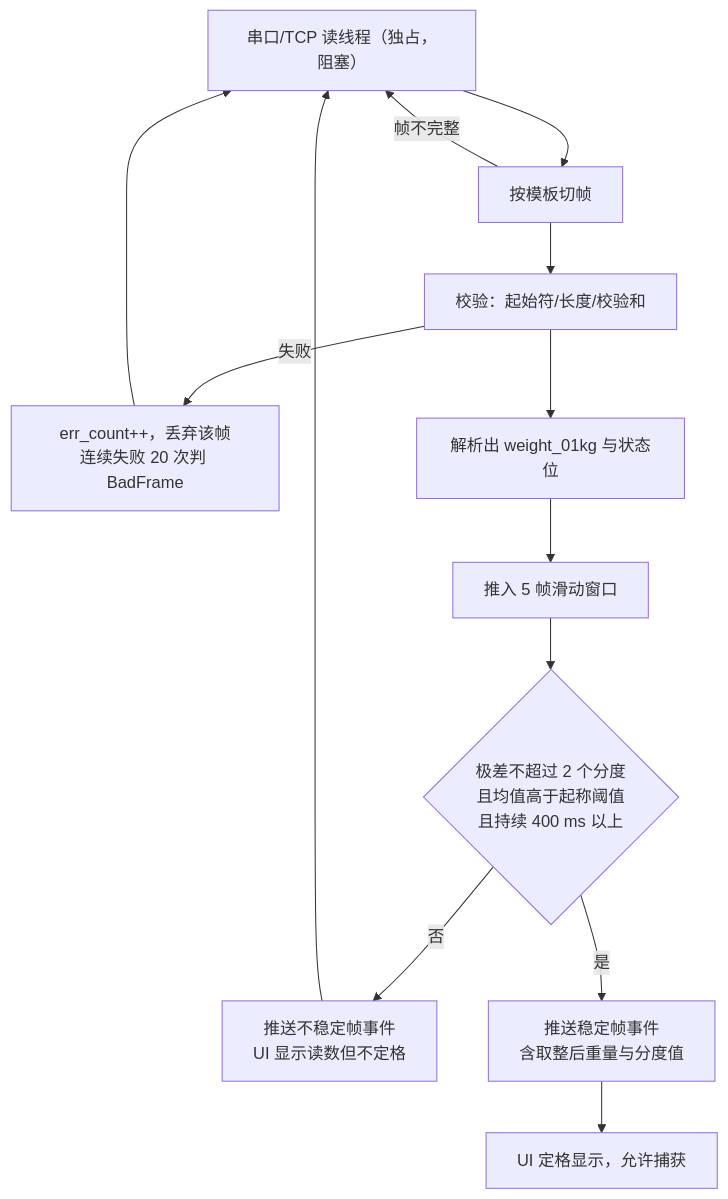
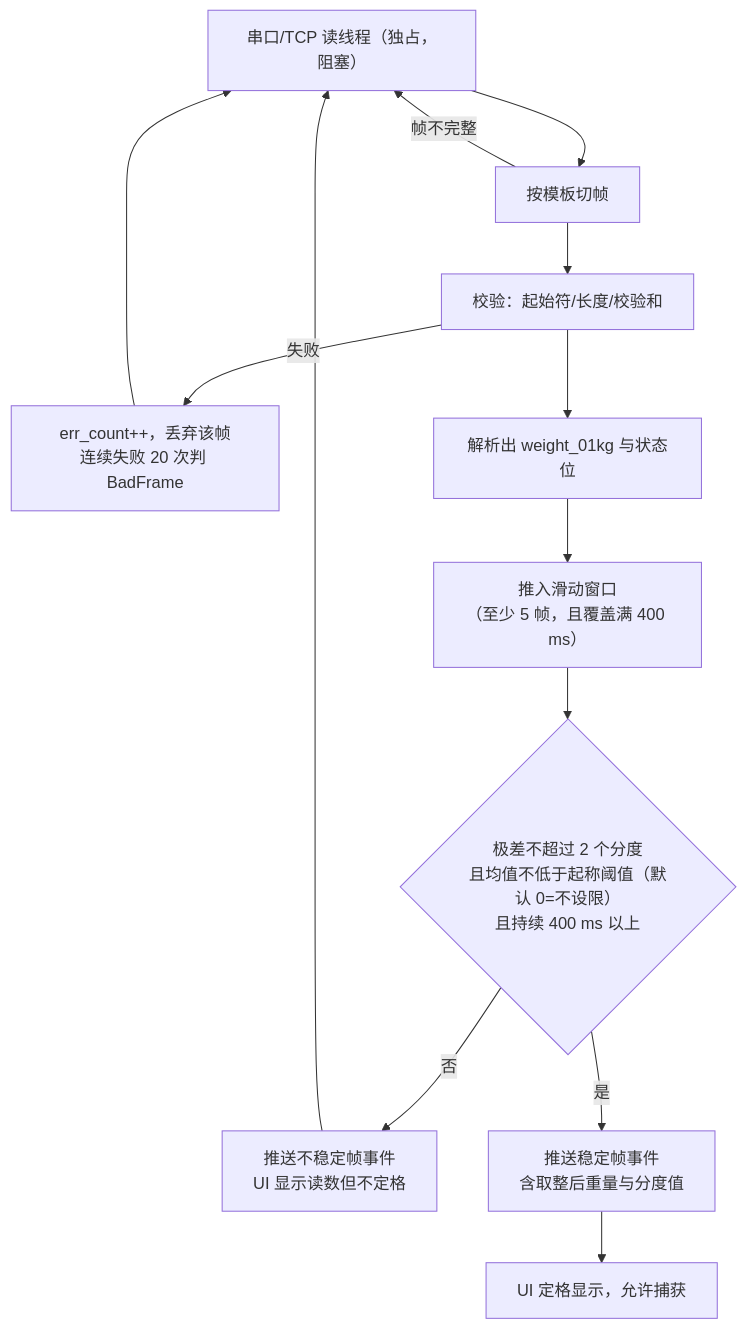
The second of 4 diagrams in docs/design/04-硬件对接方案.md (datawalkcloud/BangHe), drawn with Mermaid before and after one commit. The commit also changed other lines of this file and 127 other files, not shown here.

````diff
--- a/docs/design/04-硬件对接方案.md
+++ b/docs/design/04-硬件对接方案.md
@@ -144,15 +161,15 @@
 ```mermaid
 flowchart TD
     A["串口/TCP 读线程（独占，阻塞）"] --> B["按模板切帧"]
     B -->|帧不完整| A
     B --> C["校验：起始符/长度/校验和"]
     C -->|失败| C1["err_count++，丢弃该帧<br/>连续失败 20 次判 BadFrame"]
     C --> D["解析出 weight_01kg 与状态位"]
-    D --> E["推入 5 帧滑动窗口"]
-    E --> F{"极差不超过 2 个分度<br/>且均值高于起称阈值<br/>且持续 400 ms 以上"}
+    D --> E["推入滑动窗口<br/>（至少 5 帧，且覆盖满 400 ms）"]
+    E --> F{"极差不超过 2 个分度<br/>且均值不低于起称阈值（默认 0=不设限）<br/>且持续 400 ms 以上"}
     F -->|否| G["推送不稳定帧事件<br/>UI 显示读数但不定格"]
     F -->|是| H["推送稳定帧事件<br/>含取整后重量与分度值"]
     H --> I["UI 定格显示，允许捕获"]
     G --> A
     C1 --> A
 ```
````
